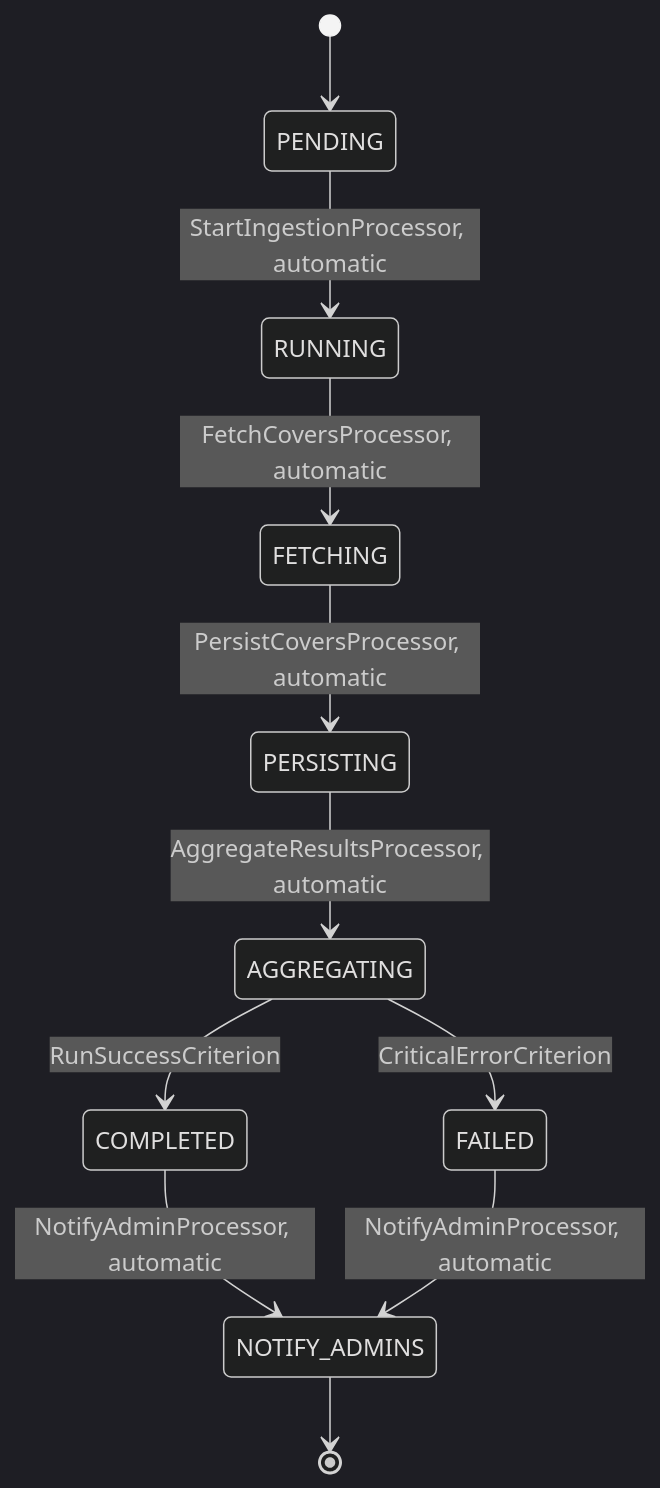
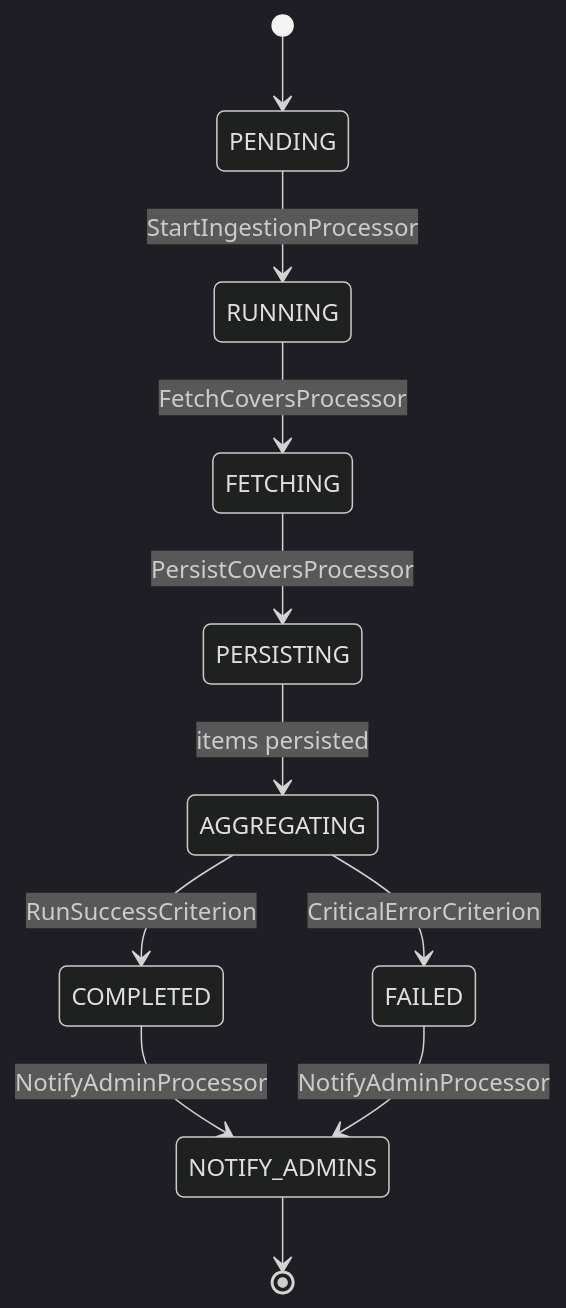
One commit to Cyoda-platform/java-client-template changed the second of 3 diagrams in src/main/java/com/java_template/prototype/functional_requirement.md. Above: the diagram before and after it, drawn with Mermaid (dark theme). The commit also changed other lines of this file, not shown here.

````diff
--- a/src/main/java/com/java_template/prototype/functional_requirement.md
+++ b/src/main/java/com/java_template/prototype/functional_requirement.md
@@ -93,13 +131,13 @@
 ```mermaid
 stateDiagram-v2
     [*] --> PENDING
-    PENDING --> RUNNING : StartIngestionProcessor, automatic
-    RUNNING --> FETCHING : FetchCoversProcessor, automatic
-    FETCHING --> PERSISTING : PersistCoversProcessor, automatic
-    PERSISTING --> AGGREGATING : AggregateResultsProcessor, automatic
+    PENDING --> RUNNING : StartIngestionProcessor
+    RUNNING --> FETCHING : FetchCoversProcessor
+    FETCHING --> PERSISTING : PersistCoversProcessor
+    PERSISTING --> AGGREGATING : items persisted
     AGGREGATING --> COMPLETED : RunSuccessCriterion
     AGGREGATING --> FAILED : CriticalErrorCriterion
-    COMPLETED --> NOTIFY_ADMINS : NotifyAdminProcessor, automatic
-    FAILED --> NOTIFY_ADMINS : NotifyAdminProcessor, automatic
+    COMPLETED --> NOTIFY_ADMINS : NotifyAdminProcessor
+    FAILED --> NOTIFY_ADMINS : NotifyAdminProcessor
     NOTIFY_ADMINS --> [*]
 ```
````
